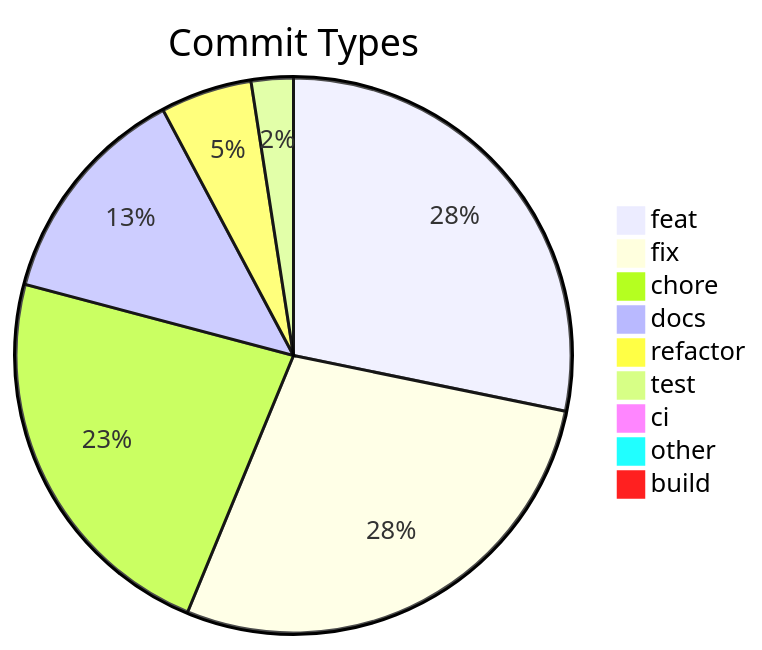
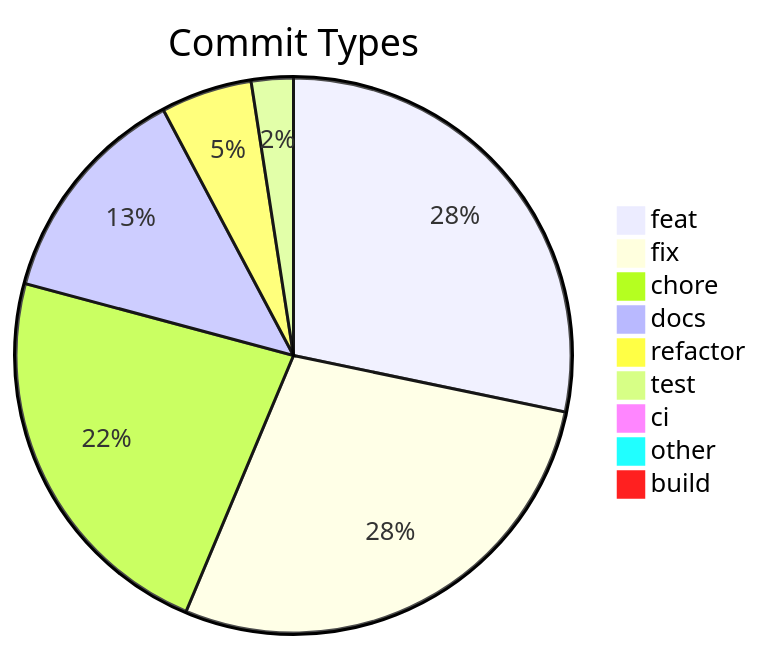
The diagram in .shipwright/compliance/change-history.md (svenroth-ai/shipwright), drawn with Mermaid before and after one commit. The commit also changed other lines of this file and 18 other files, not shown here.

````diff
--- a/.shipwright/compliance/change-history.md
+++ b/.shipwright/compliance/change-history.md
@@ -8,12 +8,12 @@
 ```mermaid
 pie title Commit Types
-    "feat" : 265
-    "fix" : 263
+    "feat" : 266
+    "fix" : 264
     "chore" : 215
     "docs" : 123
     "refactor" : 50
     "test" : 23
     "ci" : 7
     "other" : 7
     "build" : 1
 ```
````
